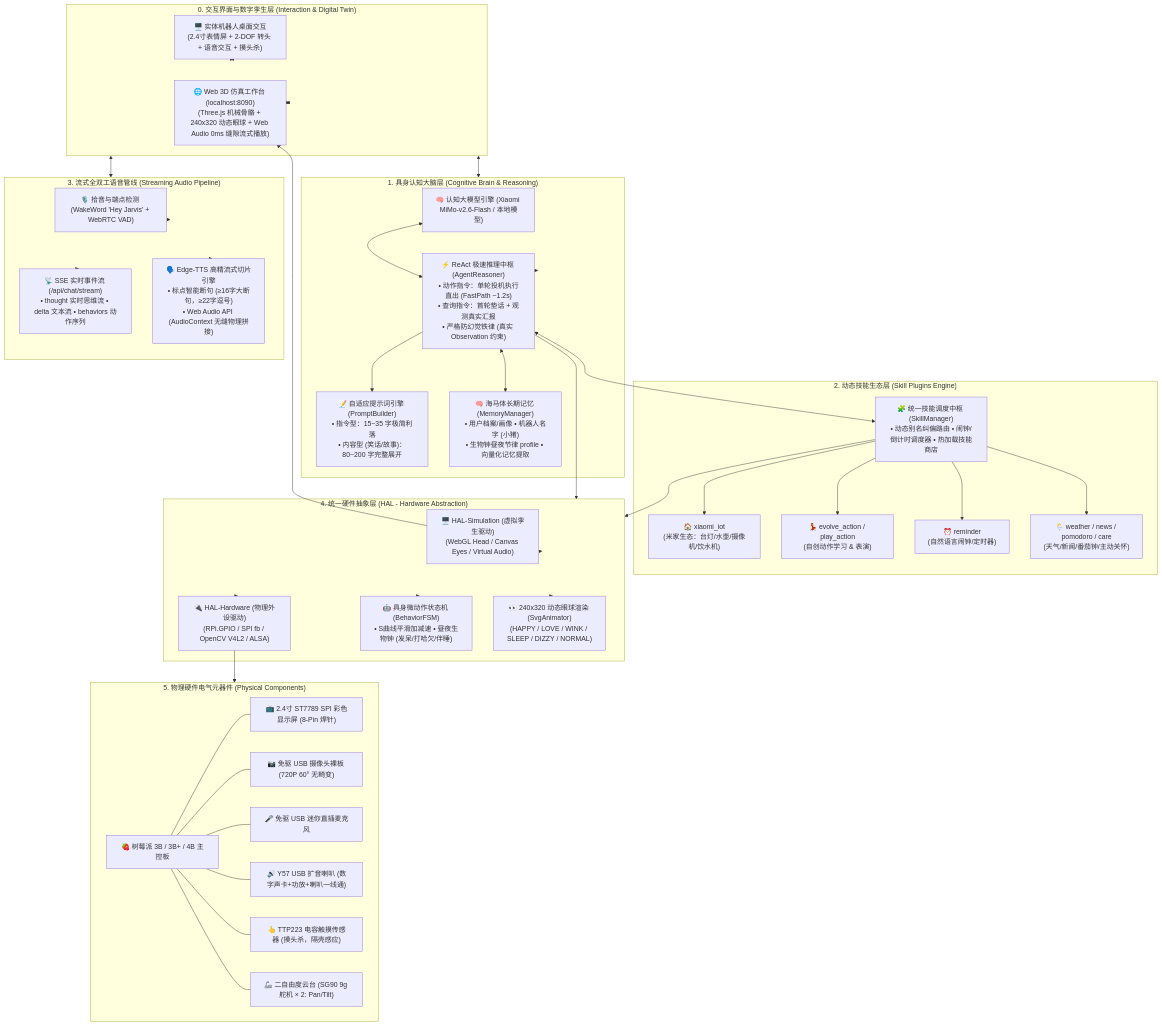
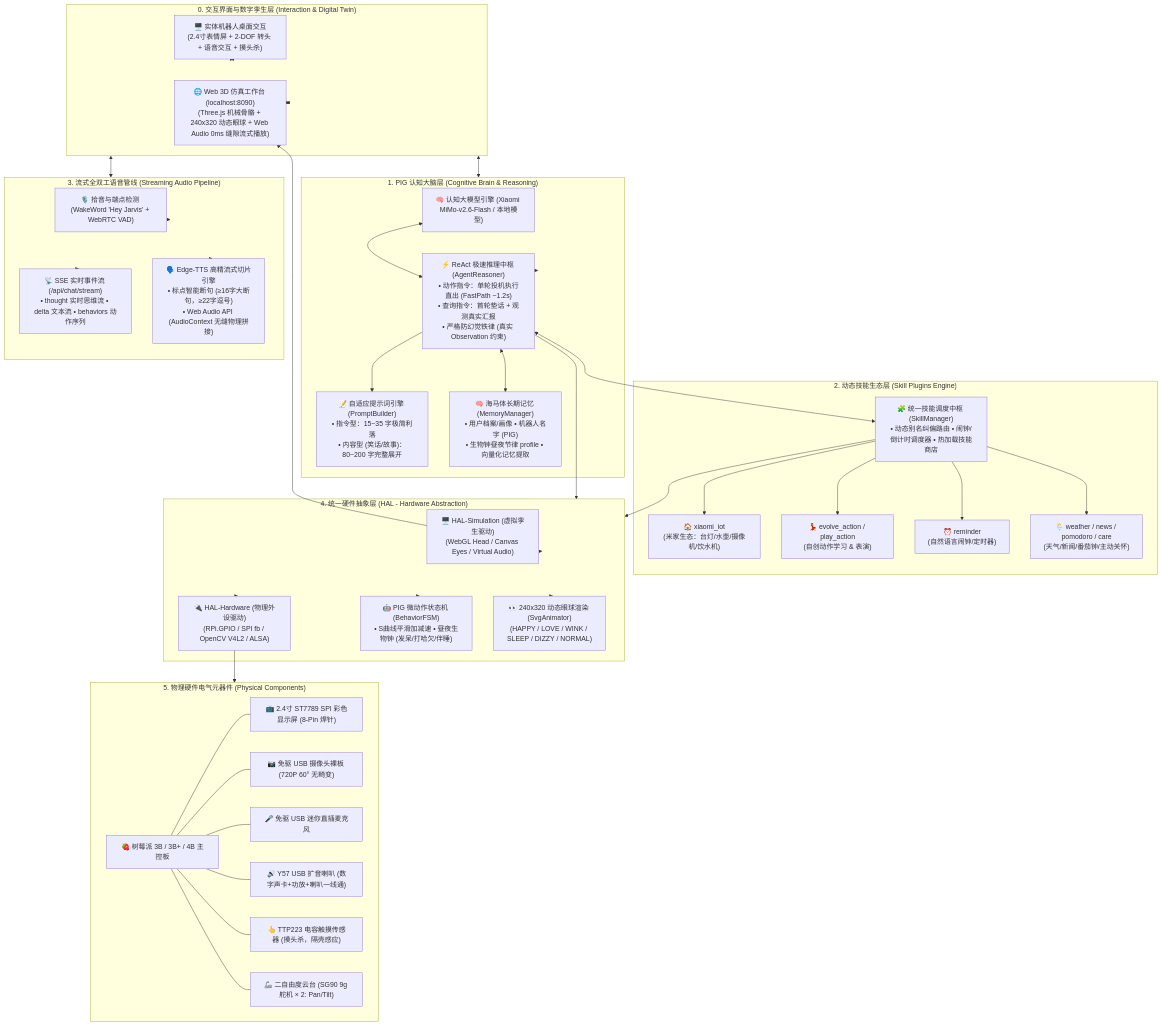
One commit to Yugle/PIG changed the first of 3 diagrams in README.md. Above: the diagram before and after it, drawn with Mermaid. The commit also changed other lines of this file and 41 other files, not shown here.

```diff
--- a/README.md
+++ b/README.md
@@ -60,11 +60,11 @@
     end
 
     %% ======================= 第一层：认知大脑与智能中枢 =======================
-    subgraph Brain_Layer ["1. 具身认知大脑层 (Cognitive Brain & Reasoning)"]
+    subgraph Brain_Layer ["1. PIG 认知大脑层 (Cognitive Brain & Reasoning)"]
         LLM["🧠 认知大模型引擎 (Xiaomi MiMo-v2.6-Flash / 本地模型)"]
         Reasoner["⚡ ReAct 极速推理中枢 (AgentReasoner)<br/>• 动作指令：单轮投机执行直出 (FastPath ~1.2s)<br/>• 查询指令：首轮垫话 + 观测真实汇报<br/>• 严格防幻觉铁律 (真实 Observation 约束)"]
         PromptBuilder["📝 自适应提示词引擎 (PromptBuilder)<br/>• 指令型：15~35 字极简利落<br/>• 内容型 (笑话/故事)：80~200 字完整展开"]
-        Memory["🧠 海马体长期记忆 (MemoryManager)<br/>• 用户档案/画像 • 机器人名字 (小猪)<br/>• 生物钟昼夜节律 profile • 向量化记忆提取"]
+        Memory["🧠 海马体长期记忆 (MemoryManager)<br/>• 用户档案/画像 • 机器人名字 (PIG)<br/>• 生物钟昼夜节律 profile • 向量化记忆提取"]
     end
 
     %% ======================= 第二层：技能插件生态 =======================
@@ -87,7 +87,7 @@
     subgraph HAL_Layer ["4. 统一硬件抽象层 (HAL - Hardware Abstraction)"]
         HAL_Sim["🖥️ HAL-Simulation (虚拟孪生驱动)<br/>(WebGL Head / Canvas Eyes / Virtual Audio)"]
         HAL_Real["🔌 HAL-Hardware (物理外设驱动)<br/>(RPi.GPIO / SPI fb / OpenCV V4L2 / ALSA)"]
-        MotionFSM["🤖 具身微动作状态机 (BehaviorFSM)<br/>• S曲线平滑加减速 • 昼夜生物钟 (发呆/打哈欠/伴睡)"]
+        MotionFSM["🤖 PIG 微动作状态机 (BehaviorFSM)<br/>• S曲线平滑加减速 • 昼夜生物钟 (发呆/打哈欠/伴睡)"]
         EyeRenderer["👀 240x320 动态眼球渲染 (SvgAnimator)<br/>(HAPPY / LOVE / WINK / SLEEP / DIZZY / NORMAL)"]
     end
 
```
